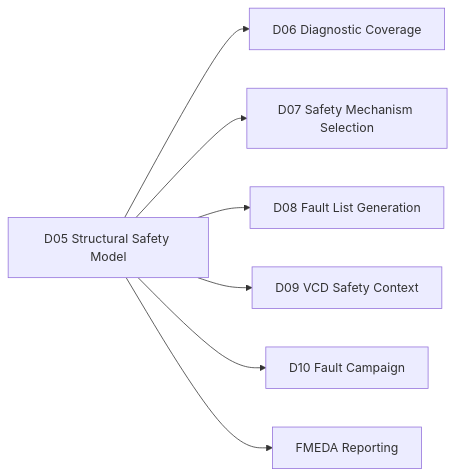
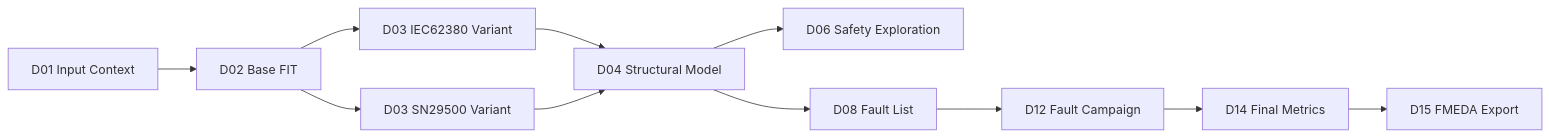
Before and after one commit to qiqixixi1001/automotive-safeic-practice: the second of 2 diagrams in articles/05_automotive_safeic_practice_d05_github_en_structural_safety_model.md, drawn with Mermaid. The commit also changed other lines of this file, not shown here.

````diff
--- a/articles/05_automotive_safeic_practice_d05_github_en_structural_safety_model.md
+++ b/articles/05_automotive_safeic_practice_d05_github_en_structural_safety_model.md
@@ -1461,9 +883,13 @@
 ```mermaid
 flowchart LR
-    A[D05 Structural Safety Model] --> B[D06 Diagnostic Coverage]
-    A --> C[D07 Safety Mechanism Selection]
-    A --> D[D08 Fault List Generation]
-    A --> E[D09 VCD Safety Context]
-    A --> F[D10 Fault Campaign]
-    A --> G[FMEDA Reporting]
+    D01[D01 Input Context] --> D02[D02 Base FIT]
+    D02 --> D03A[D03 IEC62380 Variant]
+    D02 --> D03B[D03 SN29500 Variant]
+    D03A --> D04[D04 Structural Model]
+    D03B --> D04
+    D04 --> D06[D06 Safety Exploration]
+    D04 --> D08[D08 Fault List]
+    D08 --> D12[D12 Fault Campaign]
+    D12 --> D14[D14 Final Metrics]
+    D14 --> D15[D15 FMEDA Export]
 ```
````
